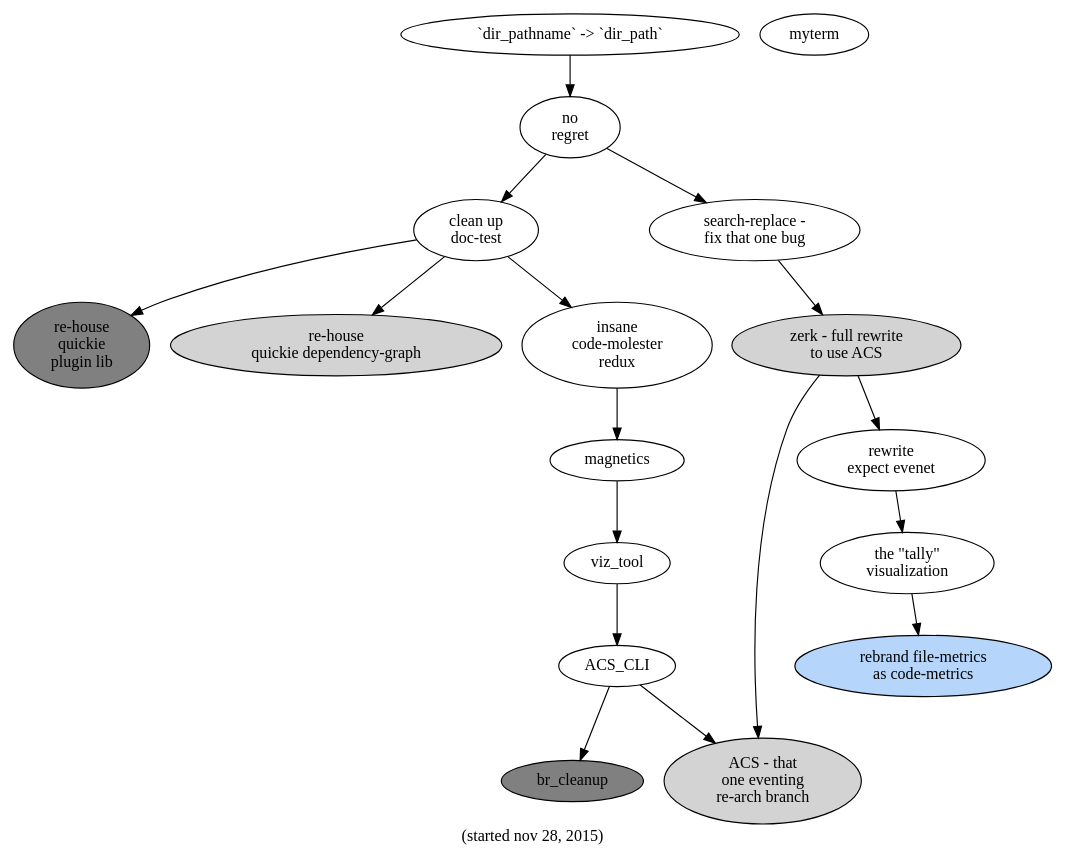
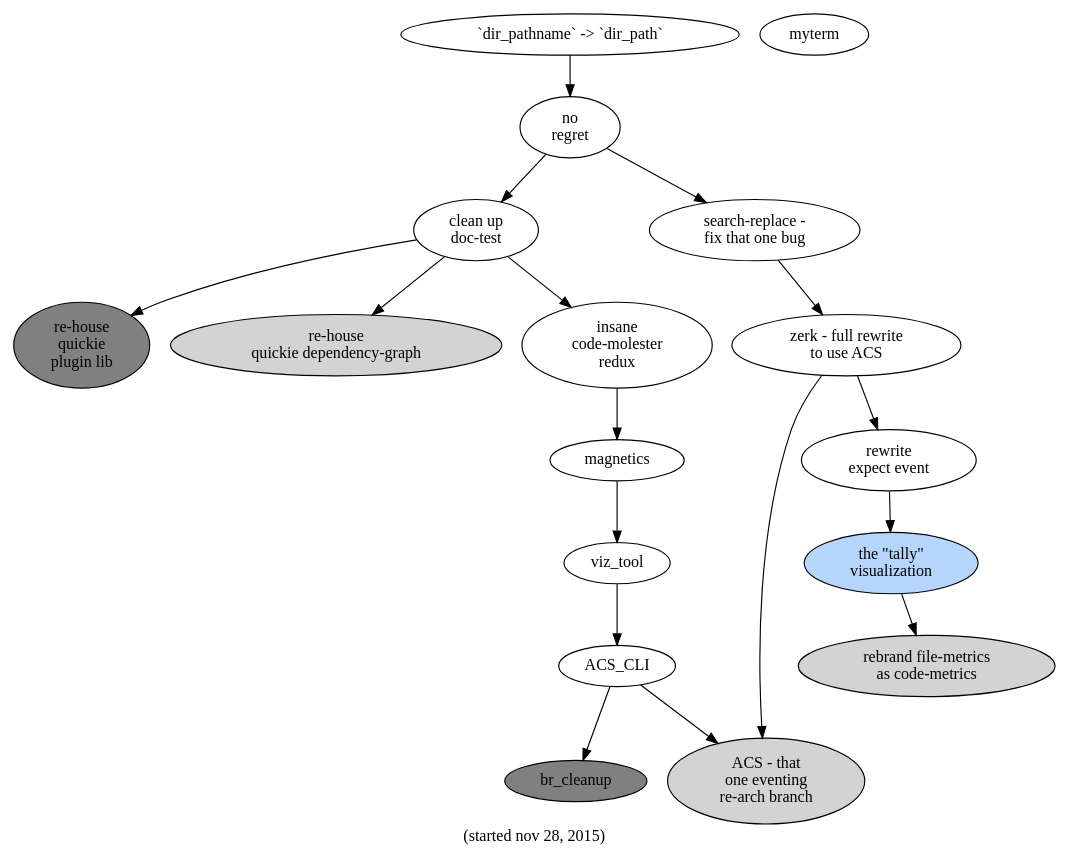
Before and after one commit to hipe/tmx: the diagram in slicer/doc/the-big-pictures-of-now/04-no-regret.dot, drawn with Graphviz. The commit also changed 52 other files, not shown here.

```diff
--- a/slicer/doc/the-big-pictures-of-now/04-no-regret.dot
+++ b/slicer/doc/the-big-pictures-of-now/04-no-regret.dot
@@ -1,42 +1,42 @@
 digraph g {
 
   /* color for active thing: #b5d5fb */
 
   label="(started nov 28, 2015)"
 
   clean_up_doctest -> re_house_xx
   re_house_xx [label="re-house\nquickie\nplugin lib" fillcolor="gray" style="filled"]
   clean_up_doctest [label="clean up\ndoc-test" ]
   clean_up_doctest -> re_house_yy
   re_house_yy [label="re-house\nquickie dependency-graph" style="filled"]
   clean_up_doctest->insane_CM_redux
   insane_CM_redux [label="insane\ncode-molester\nredux"]
 
   insane_CM_redux->mag
   mag [label="magnetics" ]
   mag -> viz_tool
 
   viz_tool -> ACS_CLI
   ACS_CLI -> br_cleanup
   ACS_CLI -> acs
   br_cleanup [style=filled fillcolor="grey"]
 
   no_regret -> sea
   no_regret -> clean_up_doctest
 
   myterm
   dpn->no_regret
   dpn [label="`dir_pathname` -> `dir_path`"]
   sea [label="search-replace -\nfix that one bug"]
   sea->zerk
-  zerk [label="zerk - full rewrite\nto use ACS" style=filled]
+  zerk [label="zerk - full rewrite\nto use ACS"]
   zerk->expect_event
-  expect_event [label="rewrite\nexpect evenet"]
+  expect_event [label="rewrite\nexpect event"]
   expect_event -> tally
-  tally [label="the \"tally\"\nvisualization"]
+  tally [label="the \"tally\"\nvisualization" style=filled fillcolor="#b5d5fb"]
   tally -> rfm
-  rfm [label="rebrand file-metrics\nas code-metrics" style=filled fillcolor="#b5d5fb"]
+  rfm [label="rebrand file-metrics\nas code-metrics" style=filled]
   zerk->acs
   acs [label="ACS - that\none eventing\nre-arch branch" style=filled]
   no_regret [label="no\nregret"]
 }
```
